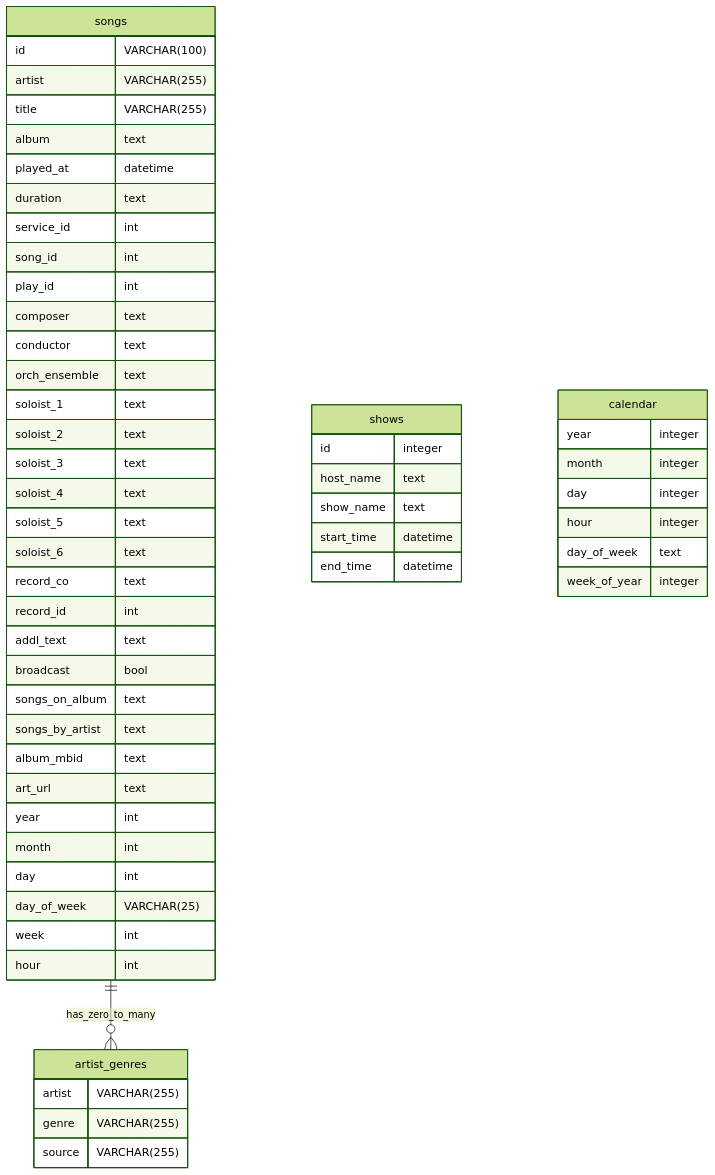
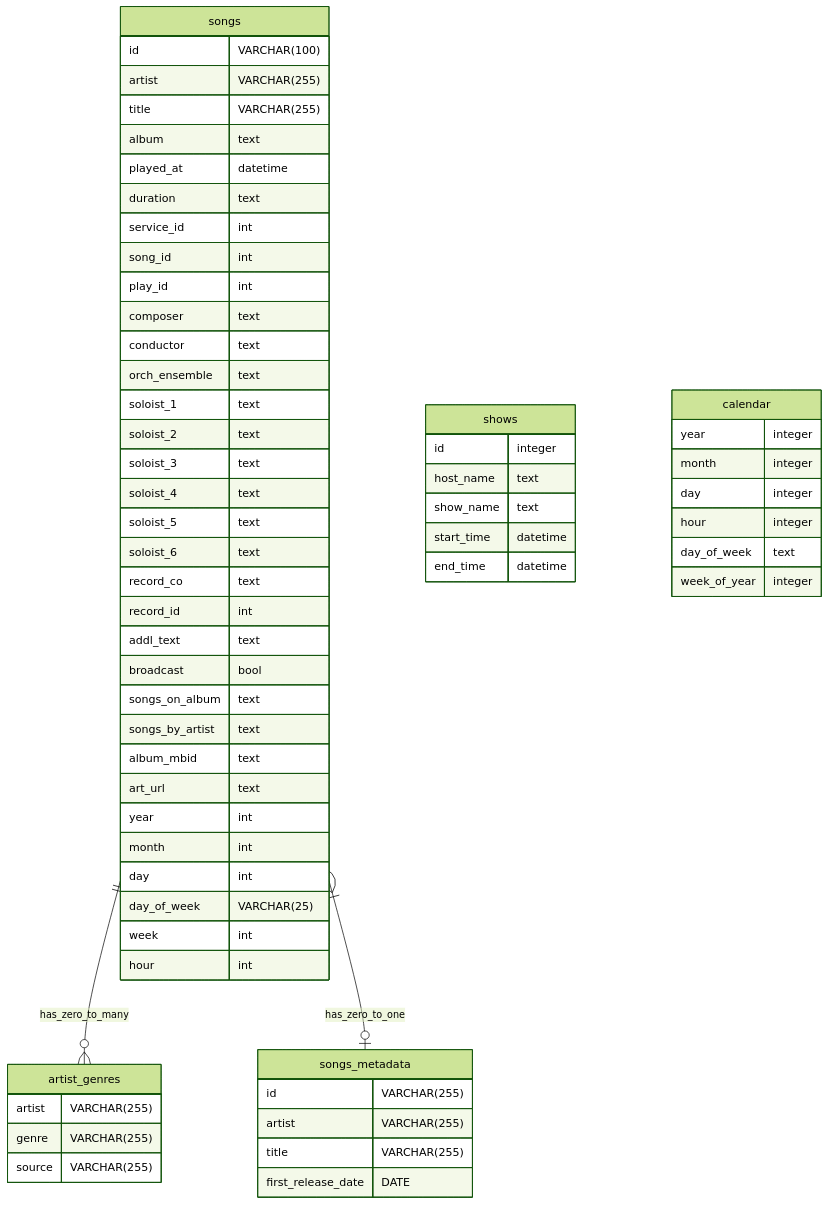
Before and after one commit to jasonmotylinski/thecurrent: the diagram in datamodel.md, drawn with Mermaid (forest theme). The commit also changed 7 other files, not shown here.

````diff
--- a/datamodel.md
+++ b/datamodel.md
@@ -1,64 +1,72 @@
 ```mermaid
 erDiagram
 songs {
     id VARCHAR(100)
     artist VARCHAR(255)
     title VARCHAR(255)
     album text
     played_at datetime
     duration text
     service_id int 
     song_id int
     play_id int 
     composer text 
     conductor text 
     orch_ensemble text 
     soloist_1 text
     soloist_2 text 
     soloist_3 text 
     soloist_4 text
     soloist_5 text 
     soloist_6 text 
     record_co text 
     record_id int 
     addl_text text 
     broadcast bool 
     songs_on_album text
     songs_by_artist text 
     album_mbid text
     art_url text
     year int
     month int 
     day int
     day_of_week VARCHAR(25)
     week int
     hour int
 }
 
+songs_metadata{
+    id VARCHAR(255)
+    artist VARCHAR(255)
+    title VARCHAR(255)
+    first_release_date DATE
+}
+
 shows{
     id integer
     host_name text
     show_name text
     start_time datetime
     end_time datetime
 }
 
 calendar {
     year integer
     month integer
     day integer
     hour integer
     day_of_week text
     week_of_year integer
 }
 
 artist_genres {
     artist VARCHAR(255)
     genre VARCHAR(255)
     source VARCHAR(255)
 }
 
 
 songs ||--o{ artist_genres: has_zero_to_many
 
+songs }|--o| songs_metadata: has_zero_to_one
 ```
````
